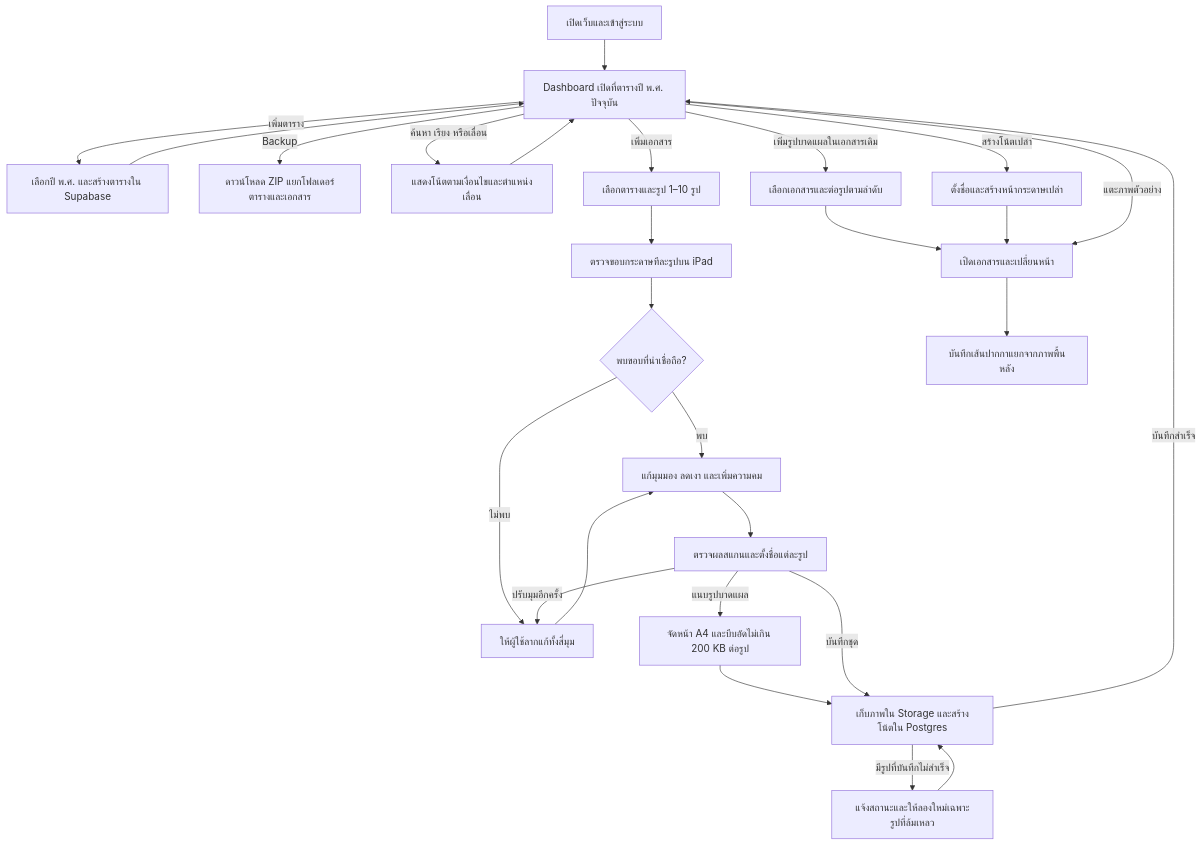
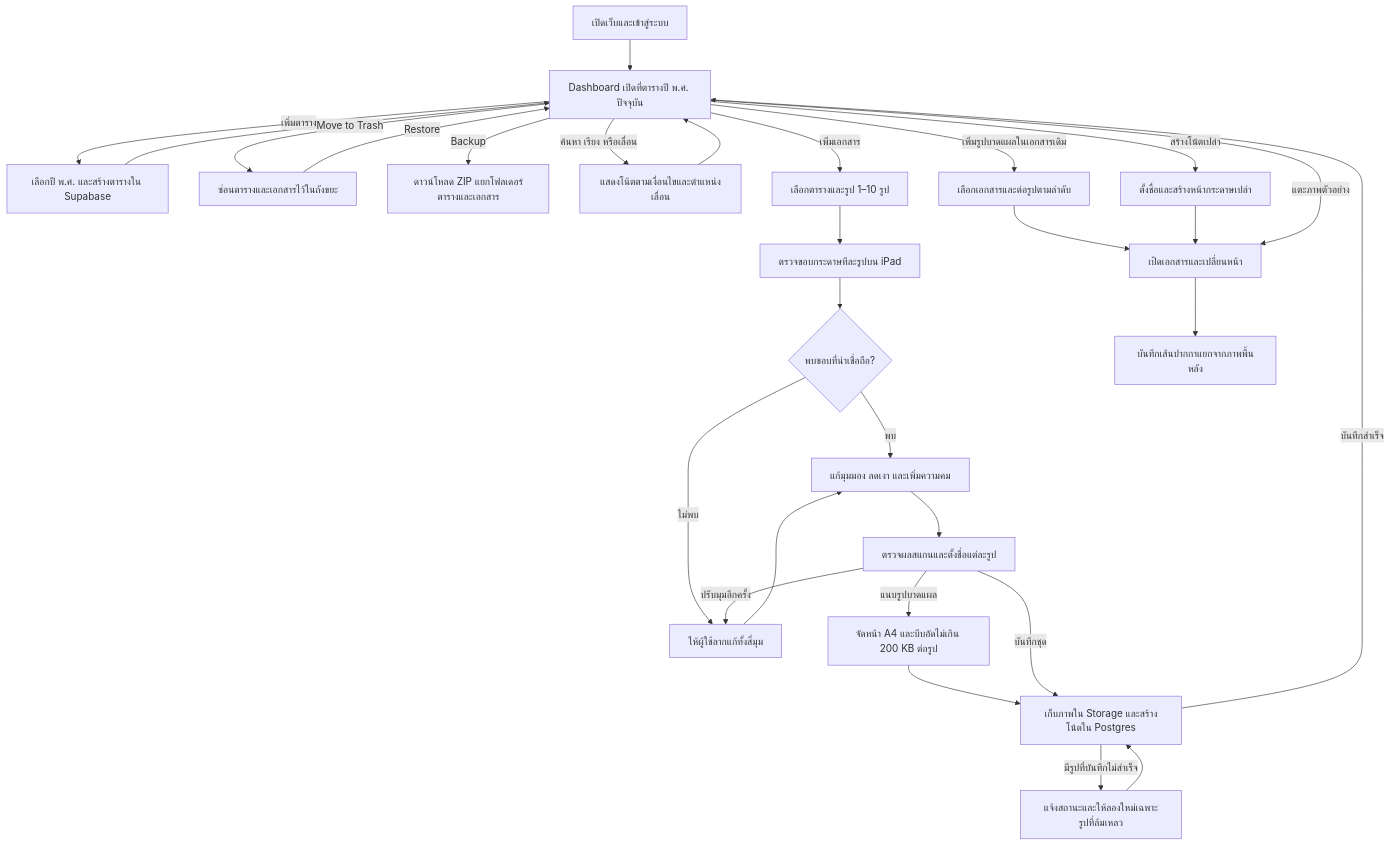
Before and after one commit to DoctorKS/Gods_note: the diagram in README.md, drawn with Mermaid. The commit also changed other lines of this file and 5 other files, not shown here.

Commit message:
feat: move tables to trash and restore their documents

````diff
--- a/README.md
+++ b/README.md
@@ -96,32 +100,34 @@
 ```mermaid
 flowchart TD
     Login["เปิดเว็บและเข้าสู่ระบบ"] --> Dashboard["Dashboard เปิดที่ตารางปี พ.ศ. ปัจจุบัน"]
 
     Dashboard -->|เพิ่มตาราง| Collection["เลือกปี พ.ศ. และสร้างตารางใน Supabase"]
     Collection --> Dashboard
+    Dashboard -->|Move to Trash| Trash["ซ่อนตารางและเอกสารไว้ในถังขยะ"]
+    Trash -->|Restore| Dashboard
     Dashboard -->|Backup| Backup["ดาวน์โหลด ZIP แยกโฟลเดอร์ตารางและเอกสาร"]
     Dashboard -->|ค้นหา เรียง หรือเลื่อน| Browse["แสดงโน้ตตามเงื่อนไขและตำแหน่งเลื่อน"]
     Browse --> Dashboard
 
     Dashboard -->|เพิ่มเอกสาร| SelectImages["เลือกตารางและรูป 1–10 รูป"]
     SelectImages --> Detect["ตรวจขอบกระดาษทีละรูปบน iPad"]
     Detect --> Edges{"พบขอบที่น่าเชื่อถือ?"}
     Edges -->|พบ| Enhance["แก้มุมมอง ลดเงา และเพิ่มความคม"]
     Edges -->|ไม่พบ| Adjust["ให้ผู้ใช้ลากแก้ทั้งสี่มุม"]
     Adjust --> Enhance
     Enhance --> Review["ตรวจผลสแกนและตั้งชื่อแต่ละรูป"]
     Review -->|ปรับมุมอีกครั้ง| Adjust
     Review -->|แนบรูปบาดแผล| Wounds["จัดหน้า A4 และบีบอัดไม่เกิน 200 KB ต่อรูป"]
     Wounds --> SaveBatch
     Review -->|บันทึกชุด| SaveBatch["เก็บภาพใน Storage และสร้างโน้ตใน Postgres"]
     SaveBatch -->|บันทึกสำเร็จ| Dashboard
     SaveBatch -->|มีรูปที่บันทึกไม่สำเร็จ| Retry["แจ้งสถานะและให้ลองใหม่เฉพาะรูปที่ล้มเหลว"]
     Retry --> SaveBatch
     Dashboard -->|เพิ่มรูปบาดแผลในเอกสารเดิม| Append["เลือกเอกสารและต่อรูปตามลำดับ"]
     Append --> Editor
 
     Dashboard -->|สร้างโน้ตเปล่า| Blank["ตั้งชื่อและสร้างหน้ากระดาษเปล่า"]
     Blank --> Editor
     Dashboard -->|แตะภาพตัวอย่าง| Editor["เปิดเอกสารและเปลี่ยนหน้า"]
     Editor --> SaveInk["บันทึกเส้นปากกาแยกจากภาพพื้นหลัง"]
 ```
````
